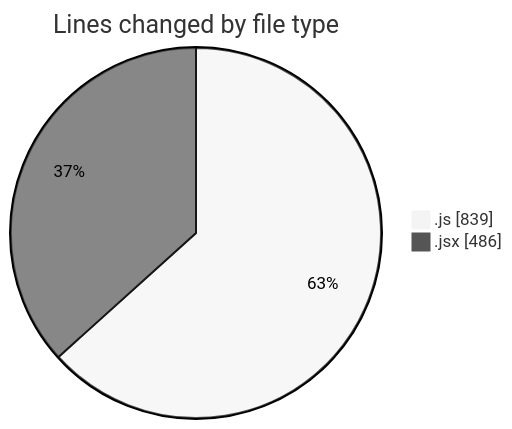
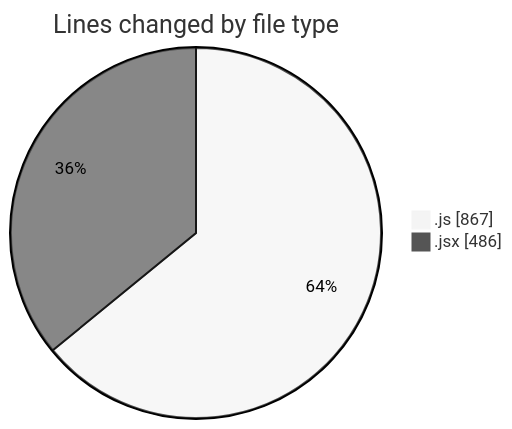
The first of 2 diagrams in 2025-07-27/nxtqube_webapp/README.md (nxtqubesakshisongat/code-tracking), drawn with Mermaid (neutral theme) before and after one commit. The commit also changed other lines of this file and 1 other file, not shown here.

````diff
--- a/2025-07-27/nxtqube_webapp/README.md
+++ b/2025-07-27/nxtqube_webapp/README.md
@@ -23,6 +23,6 @@
 ```mermaid
 pie showData
 title Lines changed by file type
-".js" : 839
+".js" : 867
 ".jsx" : 486
 ```
````
